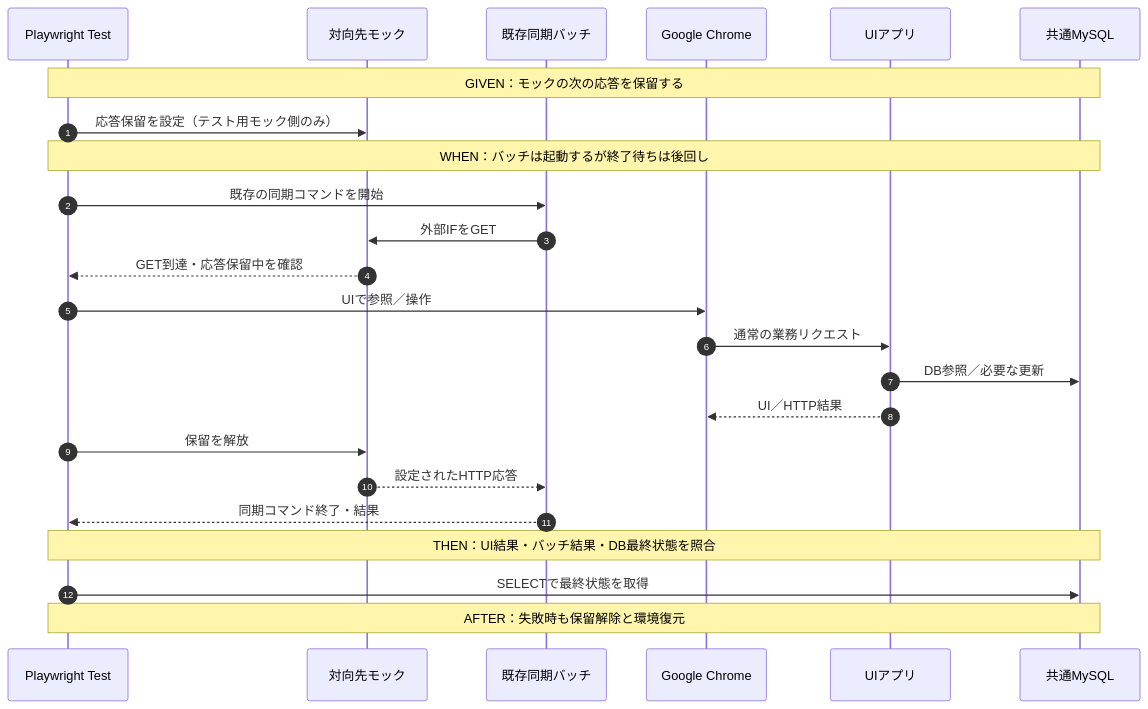
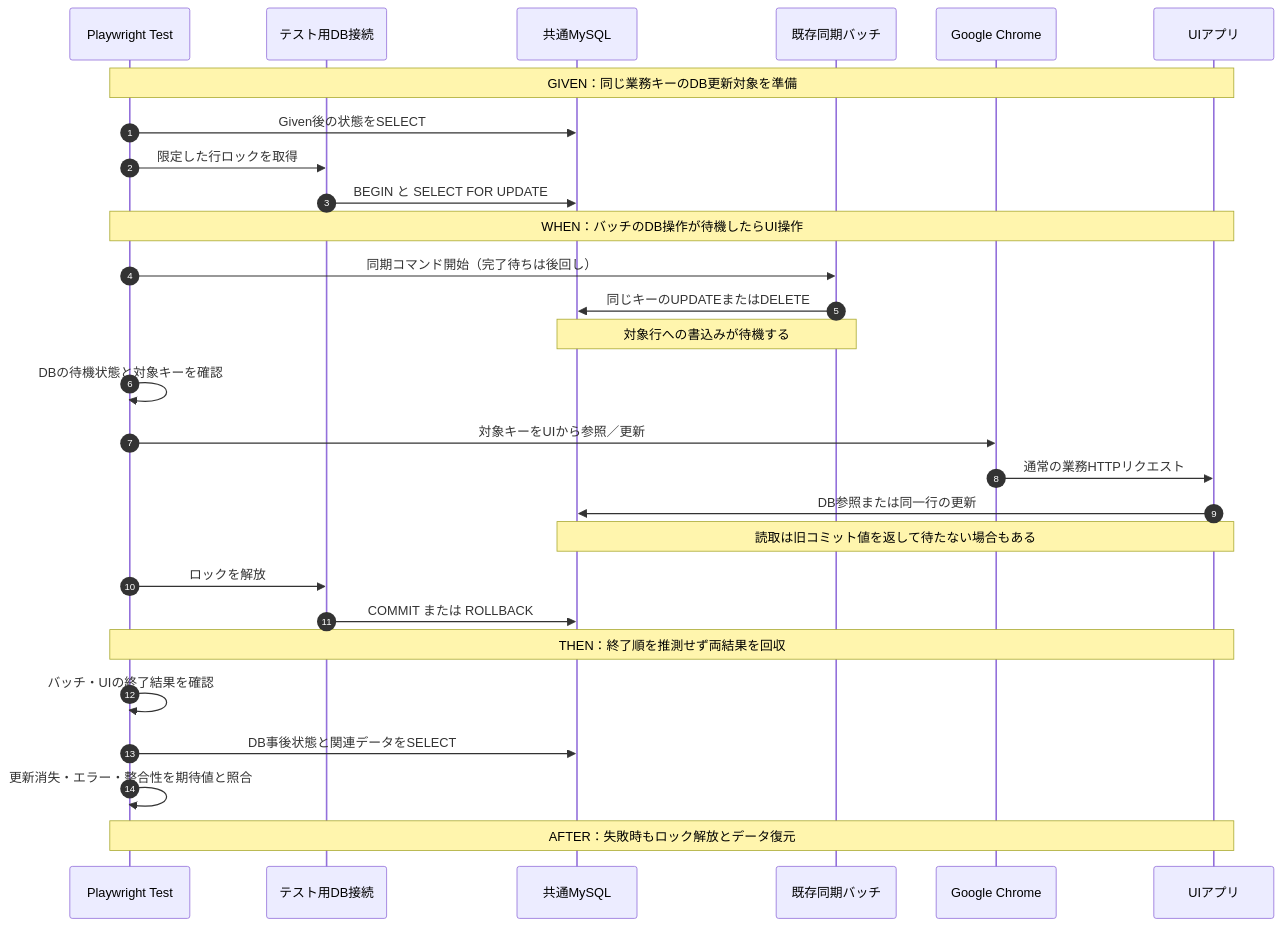
The third of 3 diagrams in docs/cross-feature-system-scenarios.md (Takahiro-Kaji/playwright-demo), drawn with Mermaid before and after one commit. The commit also changed other lines of this file, not shown here.

Commit message:
docs: focus short-batch concurrency scenarios on database write contention

````diff
--- a/docs/cross-feature-system-scenarios.md
+++ b/docs/cross-feature-system-scenarios.md
@@ -142,27 +142,31 @@
 ```mermaid
 sequenceDiagram
     autonumber
     participant T as Playwright Test
-    participant M as 対向先モック
+    participant L as テスト用DB接続
+    participant D as 共通MySQL
     participant B as 既存同期バッチ
     participant C as Google Chrome
     participant A as UIアプリ
-    participant D as 共通MySQL
 
-    Note over T,D: GIVEN：モックの次の応答を保留する
-    T->>M: 応答保留を設定（テスト用モック側のみ）
-    Note over T,D: WHEN：バッチは起動するが終了待ちは後回し
-    T->>B: 既存の同期コマンドを開始
-    B->>M: 外部IFをGET
-    M-->>T: GET到達・応答保留中を確認
-    T->>C: UIで参照／操作
-    C->>A: 通常の業務リクエスト
-    A->>D: DB参照／必要な更新
-    A-->>C: UI／HTTP結果
-    T->>M: 保留を解放
-    M-->>B: 設定されたHTTP応答
-    B-->>T: 同期コマンド終了・結果
-    Note over T,D: THEN：UI結果・バッチ結果・DB最終状態を照合
-    T->>D: SELECTで最終状態を取得
-    Note over T,D: AFTER：失敗時も保留解除と環境復元
+    Note over T,A: GIVEN：同じ業務キーのDB更新対象を準備
+    T->>D: Given後の状態をSELECT
+    T->>L: 限定した行ロックを取得
+    L->>D: BEGIN と SELECT FOR UPDATE
+    Note over T,A: WHEN：バッチのDB操作が待機したらUI操作
+    T->>B: 同期コマンド開始（完了待ちは後回し）
+    B->>D: 同じキーのUPDATEまたはDELETE
+    Note over B,D: 対象行への書込みが待機する
+    T->>T: DBの待機状態と対象キーを確認
+    T->>C: 対象キーをUIから参照／更新
+    C->>A: 通常の業務HTTPリクエスト
+    A->>D: DB参照または同一行の更新
+    Note over A,D: 読取は旧コミット値を返して待たない場合もある
+    T->>L: ロックを解放
+    L->>D: COMMIT または ROLLBACK
+    Note over T,A: THEN：終了順を推測せず両結果を回収
+    T->>T: バッチ・UIの終了結果を確認
+    T->>D: DB事後状態と関連データをSELECT
+    T->>T: 更新消失・エラー・整合性を期待値と照合
+    Note over T,A: AFTER：失敗時もロック解放とデータ復元
 ```
````
